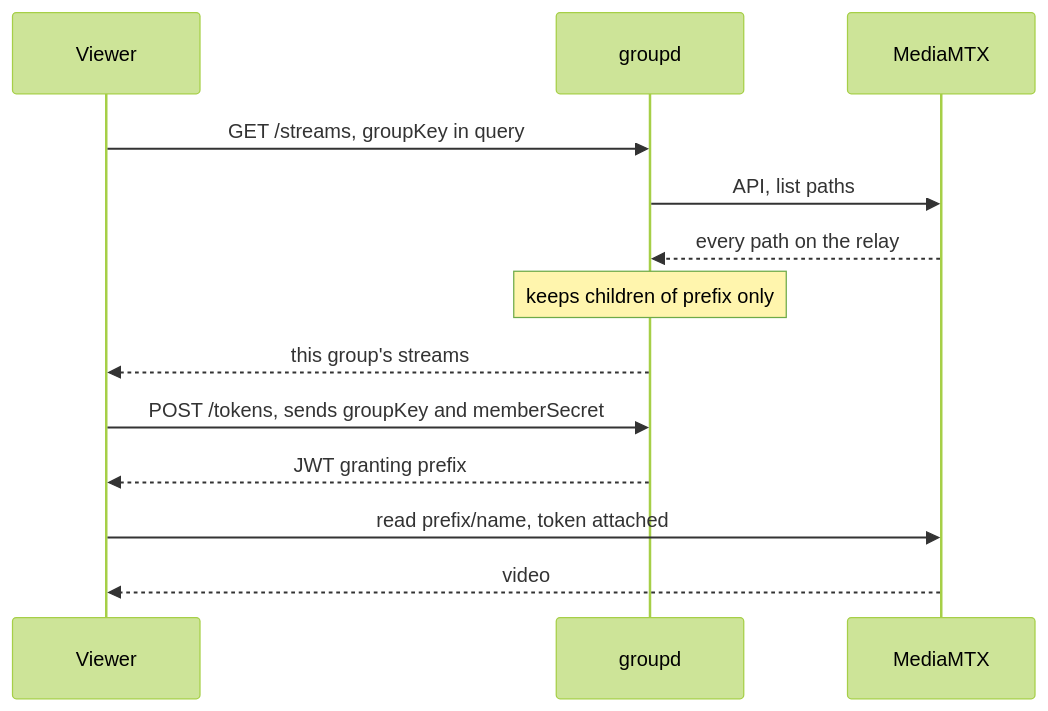
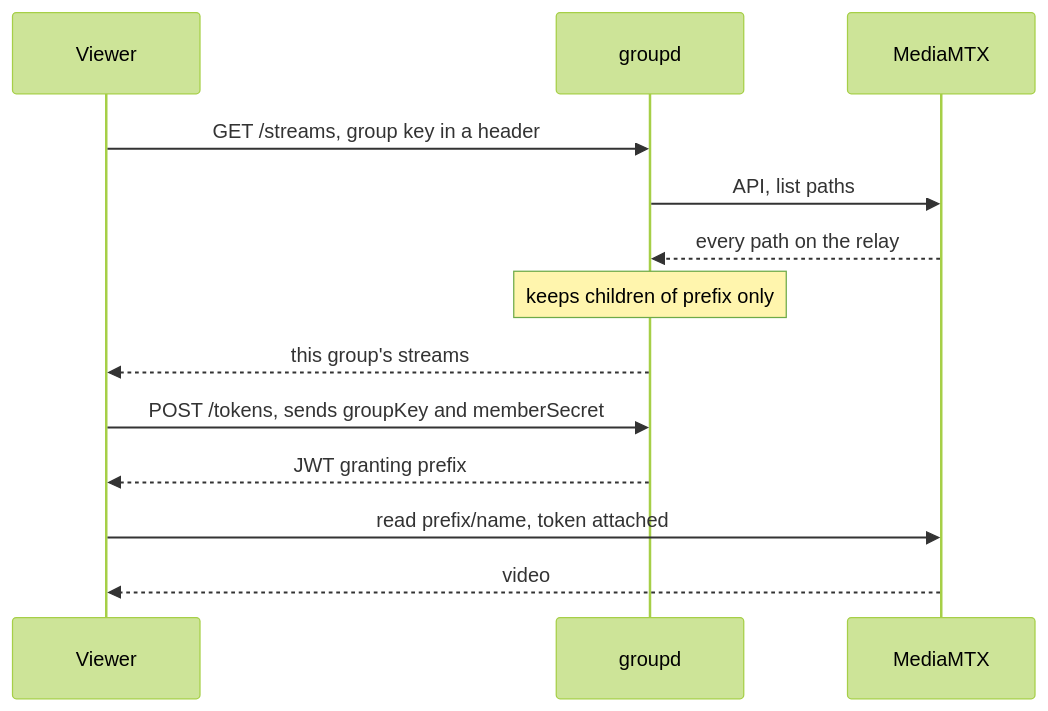
The second of 3 diagrams in docs/auth-flow.md (bjoern621/screen-sharing), drawn with Mermaid (forest theme) before and after one commit. The commit also changed other lines of this file and 22 other files, not shown here.

````diff
--- a/docs/auth-flow.md
+++ b/docs/auth-flow.md
@@ -39,17 +39,17 @@
 ```mermaid
 sequenceDiagram
     participant V as Viewer
     participant G as groupd
     participant M as MediaMTX
 
-    V->>G: GET /streams, groupKey in query
+    V->>G: GET /streams, group key in a header
     G->>M: API, list paths
     M-->>G: every path on the relay
     Note over G: keeps children of prefix only
     G-->>V: this group's streams
 
     V->>G: POST /tokens, sends groupKey and memberSecret
     G-->>V: JWT granting prefix
     V->>M: read prefix/name, token attached
     M-->>V: video
 ```
````
